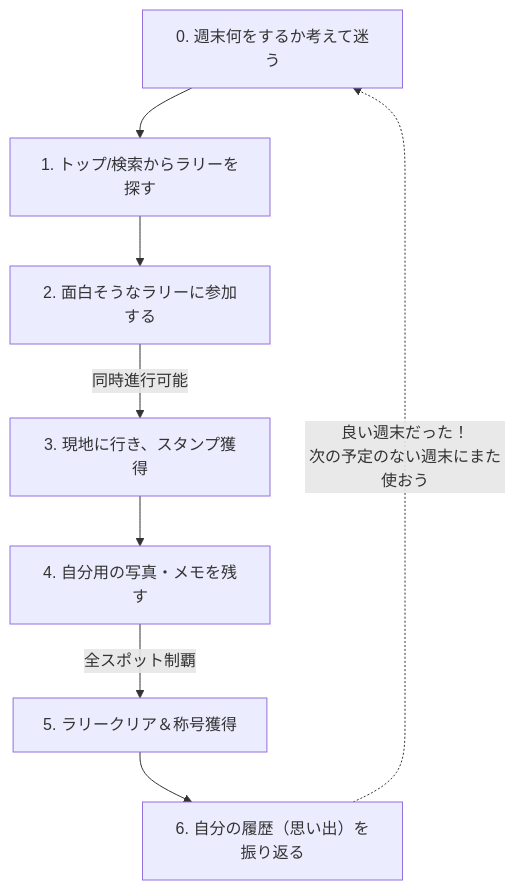
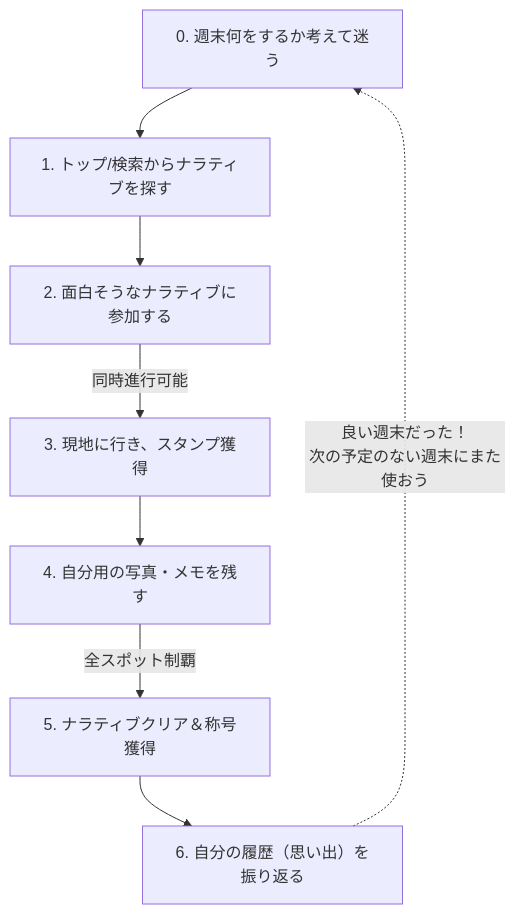
Before and after one commit to HamanoShintaro/stump-event: the first of 3 diagrams in docs/concept_prd.md, drawn with Mermaid. The commit also changed other lines of this file and 174 other files, not shown here.

````diff
--- a/docs/concept_prd.md
+++ b/docs/concept_prd.md
@@ -29,10 +29,10 @@
 ```mermaid
 flowchart TD
-    A["0. 週末何をするか考えて迷う"] --> B["1. トップ/検索からラリーを探す"]
-    B --> C["2. 面白そうなラリーに参加する"]
+    A["0. 週末何をするか考えて迷う"] --> B["1. トップ/検索からナラティブを探す"]
+    B --> C["2. 面白そうなナラティブに参加する"]
     C -->|同時進行可能| D["3. 現地に行き、スタンプ獲得"]
     D --> E["4. 自分用の写真・メモを残す"]
-    E -->|全スポット制覇| F["5. ラリークリア＆称号獲得"]
+    E -->|全スポット制覇| F["5. ナラティブクリア＆称号獲得"]
     F --> G["6. 自分の履歴（思い出）を振り返る"]
     G -.->|良い週末だった！<br>次の予定のない週末にまた使おう| A
 ```
````
